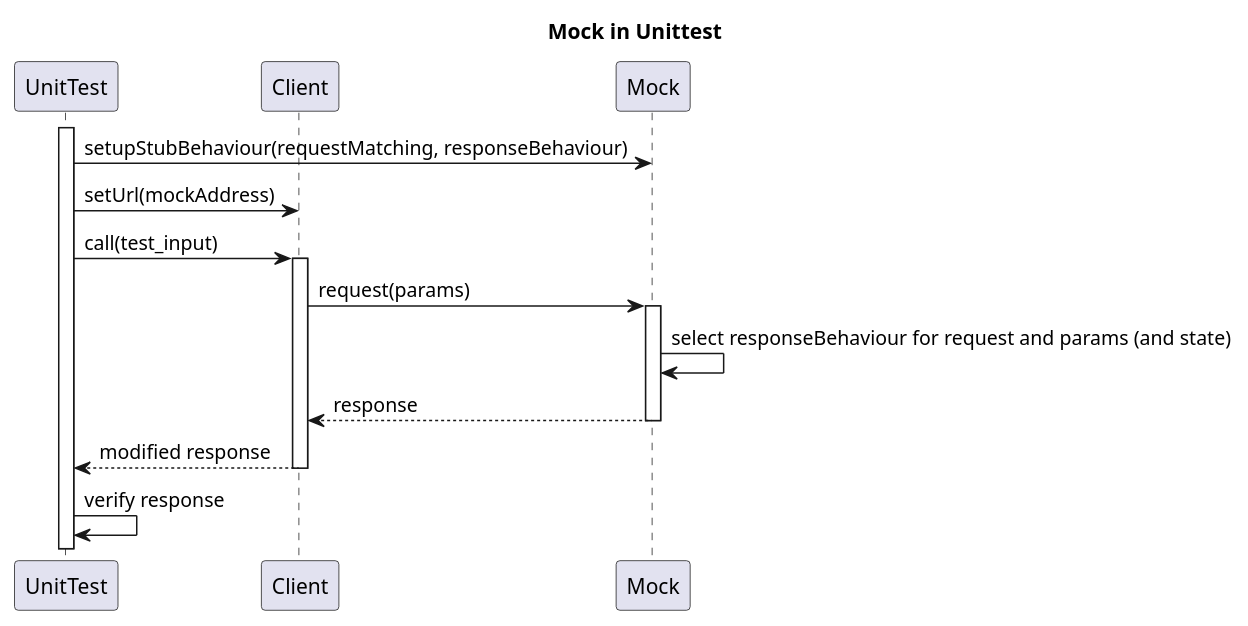
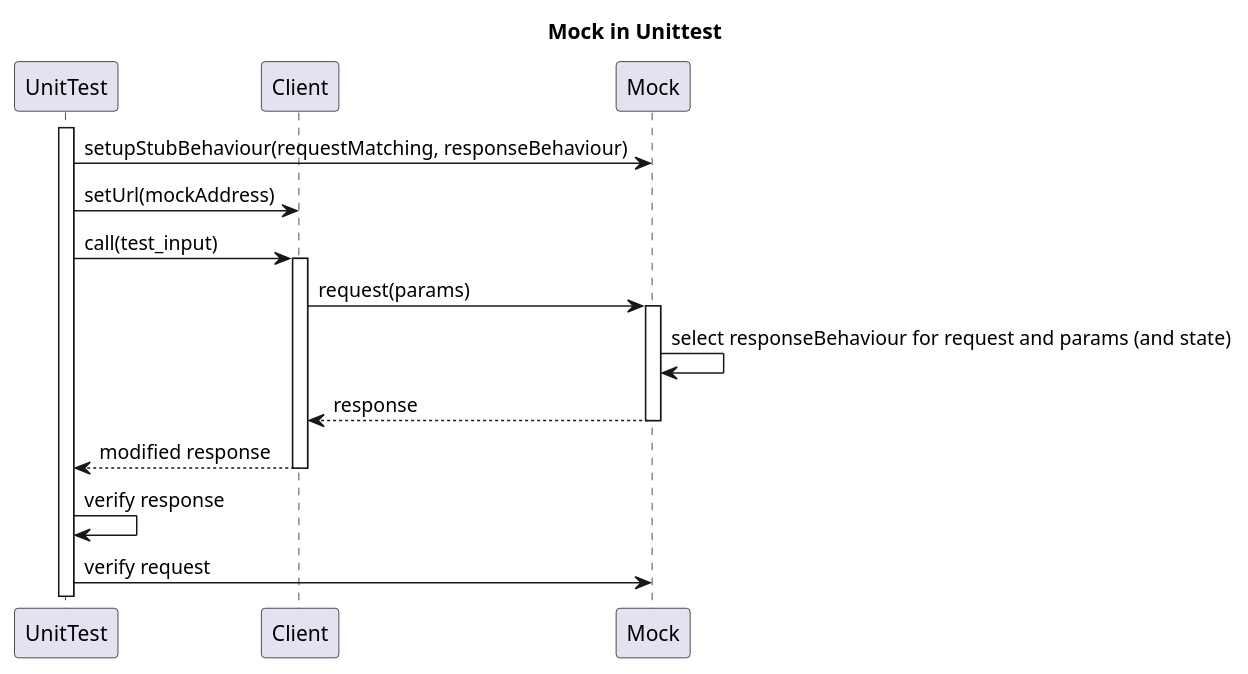
Before and after one commit to arena-tech-talks/wiremock-kata: the diagram in doc/sequence_mocked_unittest.puml, drawn with PlantUML.

Commit message:
added request verification

```diff
--- a/doc/sequence_mocked_unittest.puml
+++ b/doc/sequence_mocked_unittest.puml
@@ -1,23 +1,24 @@
 @startuml
 title Mock in Unittest
 
 participant UnitTest
 participant Client
 participant Mock
 
 
 activate UnitTest
 UnitTest -> Mock: setupStubBehaviour(requestMatching, responseBehaviour)
 UnitTest -> Client: setUrl(mockAddress)
 UnitTest -> Client: call(test_input)
 activate Client
 Client->Mock: request(params)
 activate Mock
 Mock -> Mock: select responseBehaviour for request and params (and state)
 Mock --> Client: response
 deactivate Mock
 Client --> UnitTest: modified response
 deactivate Client
 UnitTest -> UnitTest: verify response
+UnitTest -> Mock: verify request
 
 @enduml
```
